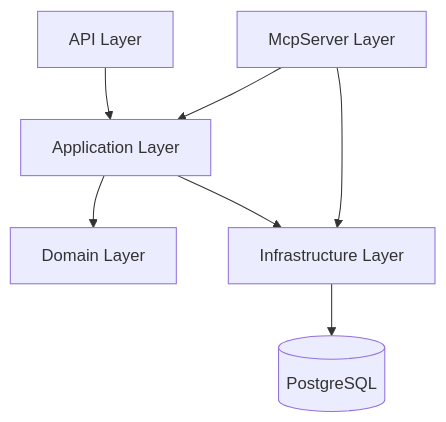
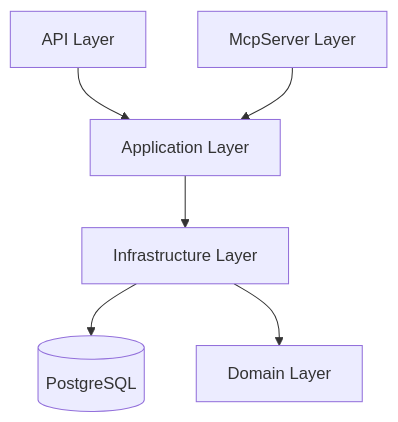
Before and after one commit to YoussefWaelMohamedLotfy/Brite-Task: the second of 3 diagrams in README.md, drawn with Mermaid. The commit also changed 7 other files, not shown here.

````diff
--- a/README.md
+++ b/README.md
@@ -200,14 +200,13 @@
 ```mermaid
 graph TD
     Domain[Domain Layer]
     Application[Application Layer]
     Infrastructure[Infrastructure Layer]
     API[API Layer]
     McpServer[McpServer Layer]
     API --> Application
-    Application --> Domain
     Application --> Infrastructure
     Infrastructure --> Database[(PostgreSQL)]
     McpServer --> Application
-    McpServer --> Infrastructure
+    Infrastructure --> Domain
 ```
````
